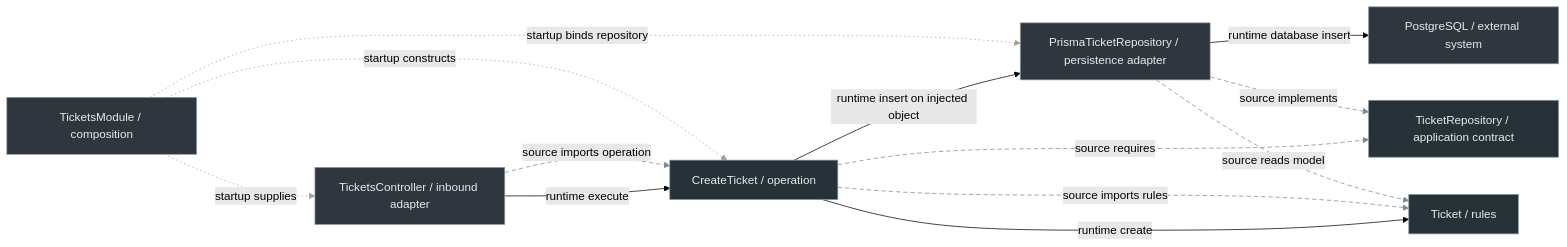
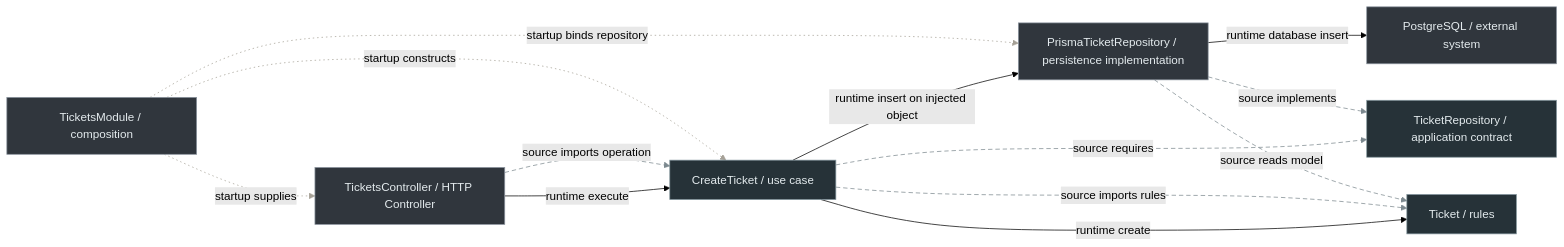
One commit to AndresTaoFlorez/software-architecture changed the second of 2 diagrams in backend/4-create-ticket-with-nestjs.md. Above: the diagram before and after it, drawn with Mermaid (forest theme). The commit also changed other lines of this file and 9 other files, not shown here.

````diff
--- a/backend/4-create-ticket-with-nestjs.md
+++ b/backend/4-create-ticket-with-nestjs.md
@@ -278,21 +278,21 @@
 ```mermaid
 flowchart LR
-    C["TicketsController / inbound adapter"] -->|"runtime execute"| U["CreateTicket / operation"]
+    C["TicketsController / HTTP Controller"] -->|"runtime execute"| U["CreateTicket / use case"]
     U -->|"runtime create"| D["Ticket / rules"]
-    U -->|"runtime insert on injected object"| I["PrismaTicketRepository / persistence adapter"]
+    U -->|"runtime insert on injected object"| I["PrismaTicketRepository / persistence implementation"]
     I -->|"runtime database insert"| DB["PostgreSQL / external system"]
     U -. "source requires" .-> P["TicketRepository / application contract"]
     I -. "source implements" .-> P
     C -. "source imports operation" .-> U
     U -. "source imports rules" .-> D
     I -. "source reads model" .-> D
     M["TicketsModule / composition"] -. "startup supplies" .-> C
     M -. "startup constructs" .-> U
     M -. "startup binds repository" .-> I
     classDef policy fill:#263238,stroke:#85979e,color:#e4ebee
     classDef outer fill:#30363d,stroke:#8b949e,color:#e4ebee
     class U,D,P policy
     class C,I,M,DB outer
     linkStyle 4,5,6,7,8 stroke:#7c898f,stroke-width:1px,stroke-dasharray:6 4
     linkStyle 9,10,11 stroke:#a5a096,stroke-width:1px,stroke-dasharray:2 4
 ```
````
